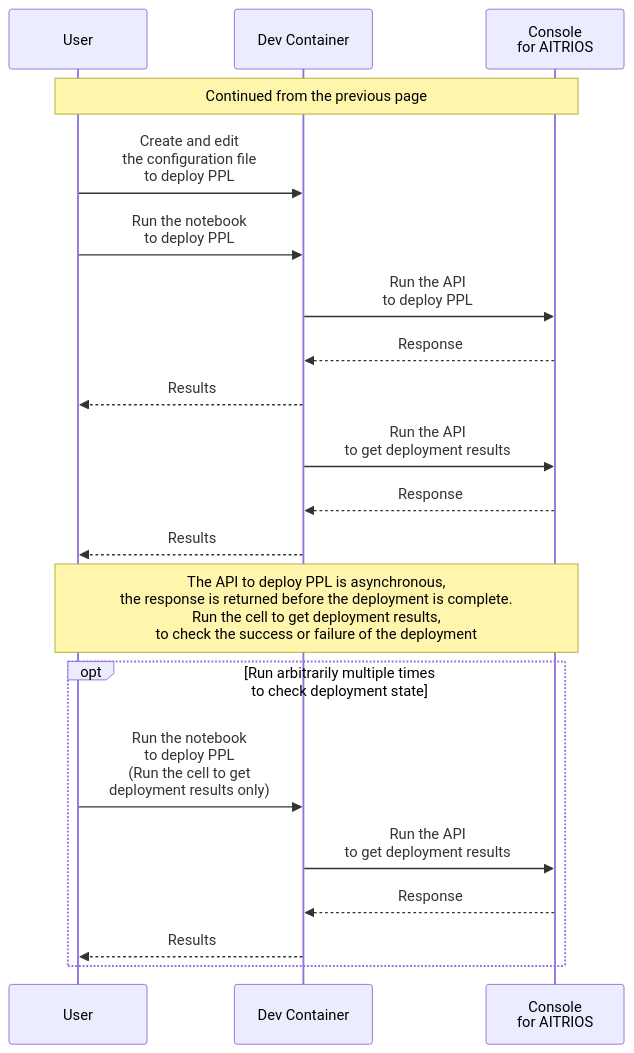
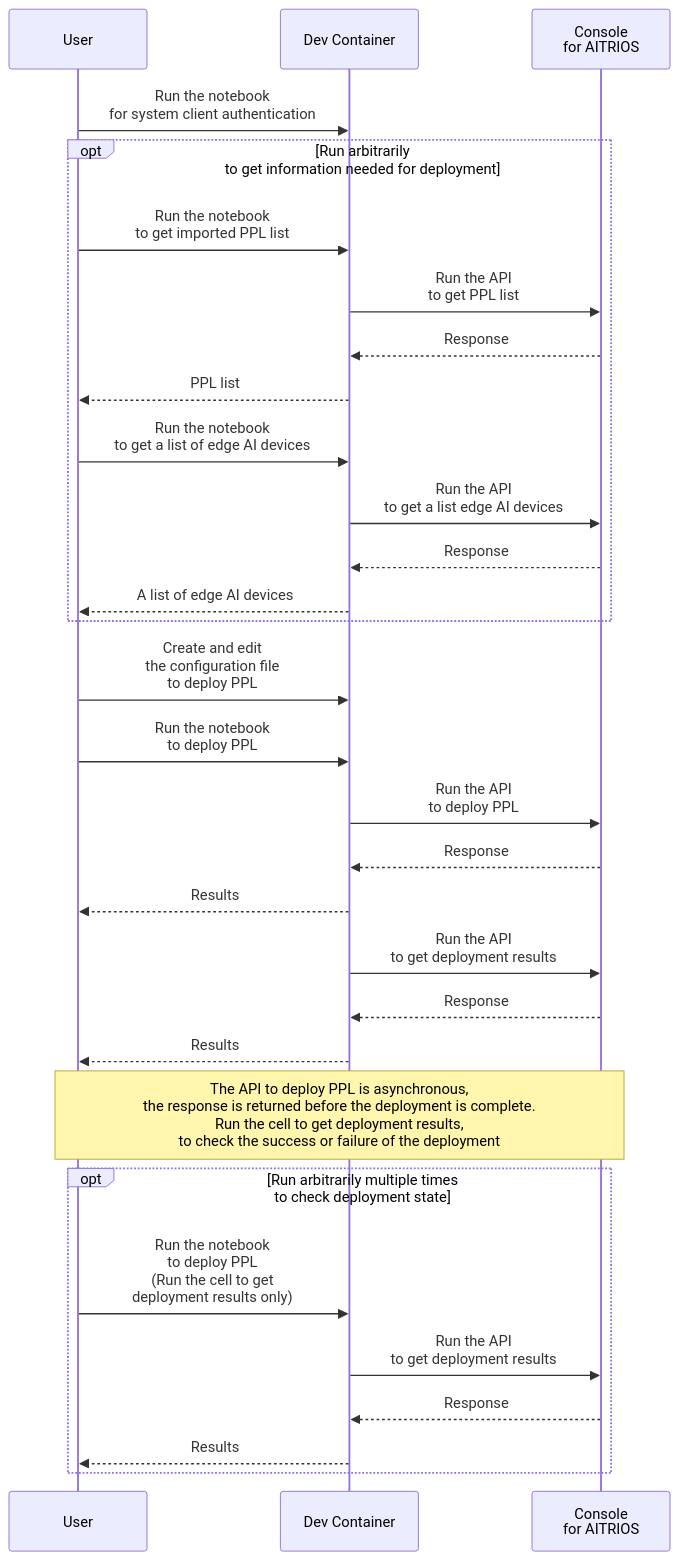
The ninth of 9 diagrams in docs/development-docs/AsciiDoc/VisionandSensingApplicationSDK_FuncSpec_ModelAndPPLDeploy.adoc (ZucchiniTang/aitrios-sdk-vision-sensing-app), drawn with Mermaid before and after one commit. The commit also changed other lines of this file and 255 other files, not shown here.

```diff
--- a/docs/development-docs/AsciiDoc/VisionandSensingApplicationSDK_FuncSpec_ModelAndPPLDeploy.adoc
+++ b/docs/development-docs/AsciiDoc/VisionandSensingApplicationSDK_FuncSpec_ModelAndPPLDeploy.adoc
@@ -458,27 +396,38 @@
-[mermaid]
+[mermaid, target="Sequence to deploy PPL"]
 ----
 %%{init:{'themeCSS':'text.actor {font-size:18px !important;} .messageText {font-size:18px !important;} .labelText {font-size:18px !important;} .loopText {font-size:18px !important;} .noteText {font-size:18px !important;}'}}%%
 sequenceDiagram
   participant User
   participant Dev Container
   participant Console as Console <br> for AITRIOS
 
-  Note over User, Console: Continued from the previous page
+  User->>Dev Container: Run the notebook <br> for system client authentication
+  
+  opt Run arbitrarily <br> to get information needed for deployment
+    User->>Dev Container:Run the notebook <br> to get imported PPL list
+    Dev Container->>Console:Run the API <br> to get PPL list
+    Console-->>Dev Container: Response
+    Dev Container-->>User: PPL list
+    User->>Dev Container: Run the notebook <br> to get a list of edge AI devices
+    Dev Container->>Console:Run the API <br> to get a list edge AI devices
+    Console-->>Dev Container: Response
+    Dev Container-->>User: A list of edge AI devices
+  end
 
-  User->>Dev Container: Create and edit<br>the configuration file<br>to deploy PPL
-  User->>Dev Container: Run the notebook<br>to deploy PPL
-  Dev Container->>Console: Run the API<br>to deploy PPL
+  User->>Dev Container: Create and edit <br> the configuration file <br> to deploy PPL
+  User->>Dev Container: Run the notebook <br> to deploy PPL
+  Dev Container->>Console: Run the API <br> to deploy PPL
   Console-->>Dev Container: Response
   Dev Container-->>User: Results
-  Dev Container->>Console: Run the API<br>to get deployment results
+  Dev Container->>Console: Run the API <br> to get deployment results
   Console-->>Dev Container: Response
   Dev Container-->>User: Results
-      Note over User, Console: The API to deploy PPL is asynchronous,<br>the response is returned before the deployment is complete.<br>Run the cell to get deployment results,<br>to check the success or failure of the deployment
+      Note over User, Console: The API to deploy PPL is asynchronous, <br> the response is returned before the deployment is complete. <br> Run the cell to get deployment results, <br> to check the success or failure of the deployment
   
-  opt Run arbitrarily multiple times<br>to check deployment state
-    User->>Dev Container: Run the notebook<br>to deploy PPL<br>(Run the cell to get<br>deployment results only)
-    Dev Container->>Console: Run the API<br>to get deployment results
+  opt Run arbitrarily multiple times <br> to check deployment state
+    User->>Dev Container: Run the notebook <br> to deploy PPL <br> (Run the cell to get <br> deployment results only)
+    Dev Container->>Console: Run the API <br> to get deployment results
     Console-->>Dev Container: Response
     Dev Container-->>User: Results
   end
 ----
```
